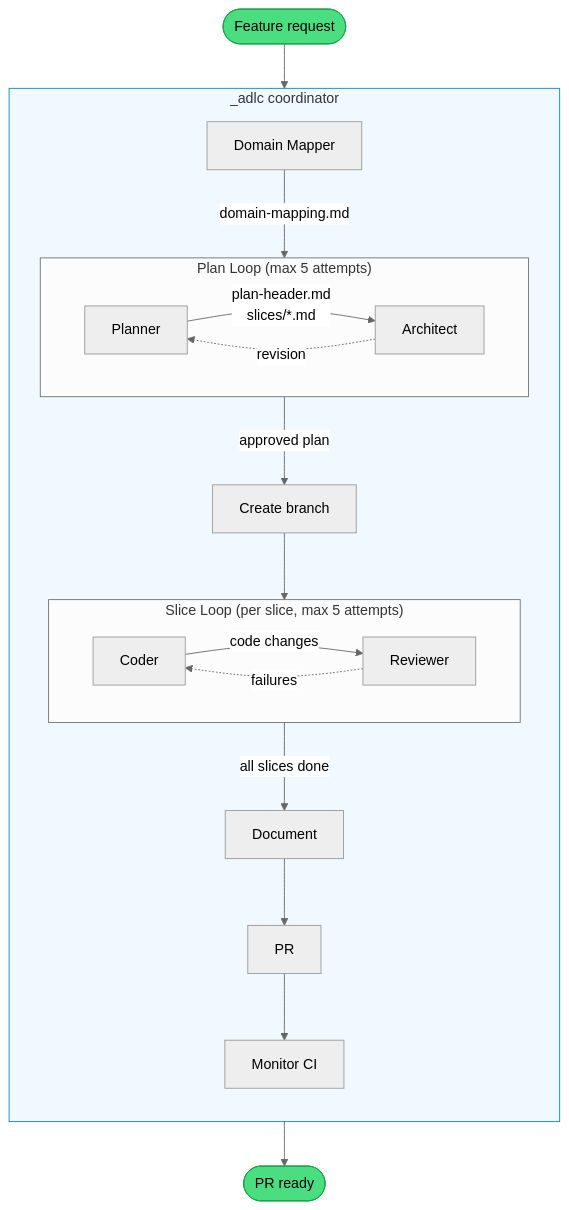
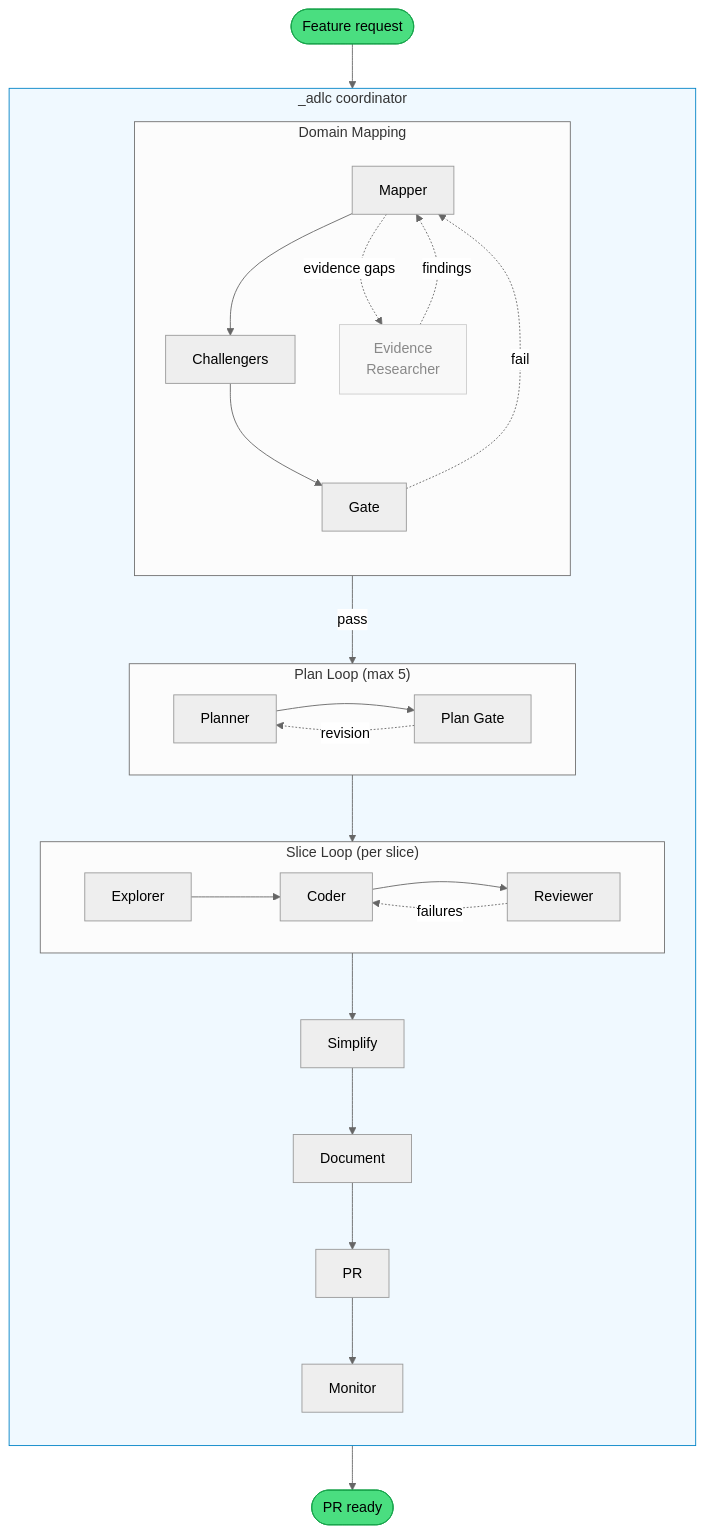
One commit to patricklafrance/plantz-claude-v2 changed the diagram in README.md. Above: the diagram before and after it, drawn with Mermaid (neutral theme). The commit also changed other lines of this file and 39 other files, not shown here.

First line of the commit message:
refactor(adlc): domain mapping reform — new agents, gate unification, guard relocation

````diff
--- a/README.md
+++ b/README.md
@@ -60,34 +60,40 @@
 ```mermaid
 flowchart TD
     Start([Feature request]) --> Coord
 
     subgraph Coord["_adlc coordinator"]
         direction TB
-        DM["Domain Mapper"] -- "domain-mapping.md" --> PlanLoop
 
-        subgraph PlanLoop["Plan Loop (max 5 attempts)"]
-            direction LR
-            Planner["Planner"] -- "plan-header.md\nslices/*.md" --> Architect["Architect"]
-            Architect -. "revision" .-> Planner
+        subgraph Domain["Domain Mapping"]
+            direction TB
+            Mapper --> Challengers --> Gate
+            Mapper -. "evidence gaps" .-> Evidence["Evidence\nResearcher"] -. findings .-> Mapper
+            Gate -. "fail" .-> Mapper
         end
 
-        PlanLoop -- "approved plan" --> Branch["Create branch"]
-        Branch --> SliceLoop
+        Gate -- "pass" --> PlanLoop
 
-        subgraph SliceLoop["Slice Loop (per slice, max 5 attempts)"]
+        subgraph PlanLoop["Plan Loop (max 5)"]
             direction LR
-            Coder["Coder"] -- "code changes" --> Reviewer["Reviewer"]
+            Planner --> PlanGate["Plan Gate"]
+            PlanGate -. "revision" .-> Planner
+        end
+
+        PlanLoop --> SliceLoop
+
+        subgraph SliceLoop["Slice Loop (per slice)"]
+            direction LR
+            Explorer --> Coder --> Reviewer
             Reviewer -. "failures" .-> Coder
         end
 
-        SliceLoop -- "all slices done" --> Doc["Document"]
-        Doc --> PR["PR"]
-        PR --> Monitor["Monitor CI"]
+        SliceLoop --> Simplify --> Document --> PR --> Monitor
     end
 
     Monitor --> Done([PR ready])
 
     style Start fill:#4ade80,stroke:#16a34a,color:#000
     style Done fill:#4ade80,stroke:#16a34a,color:#000
     style Coord fill:#f0f9ff,stroke:#0284c7
+    style Evidence fill:#f8f8f8,stroke:#ccc,color:#888
 ```
````
